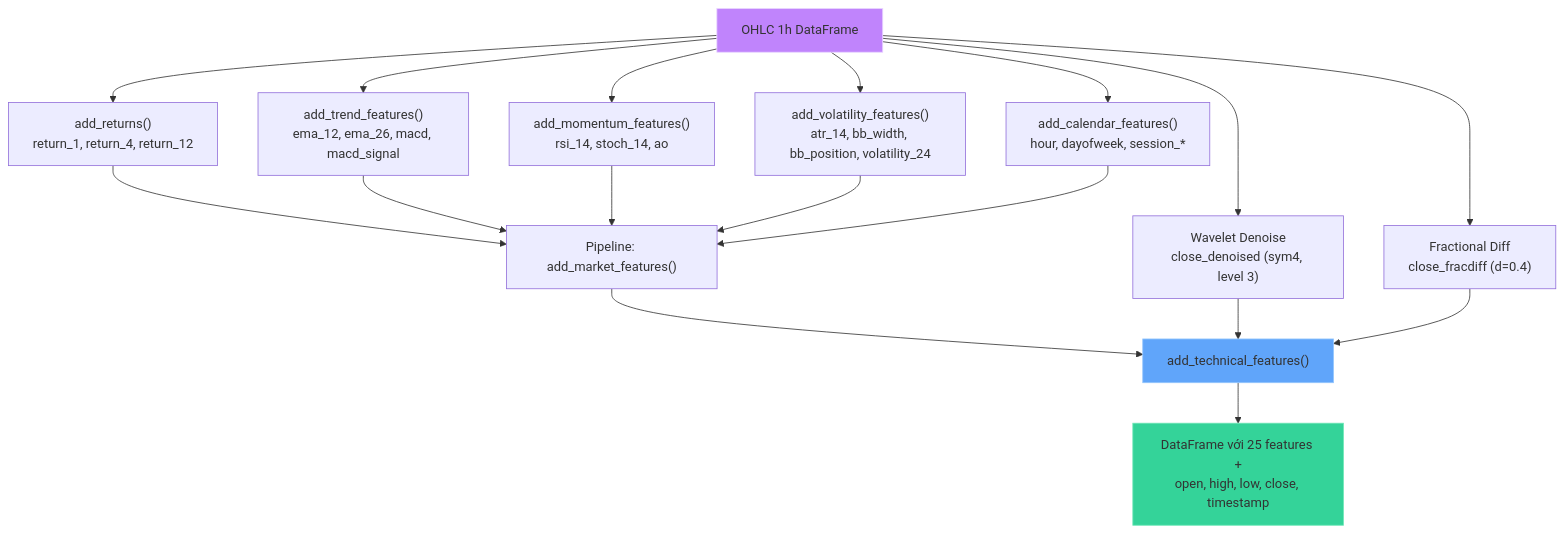
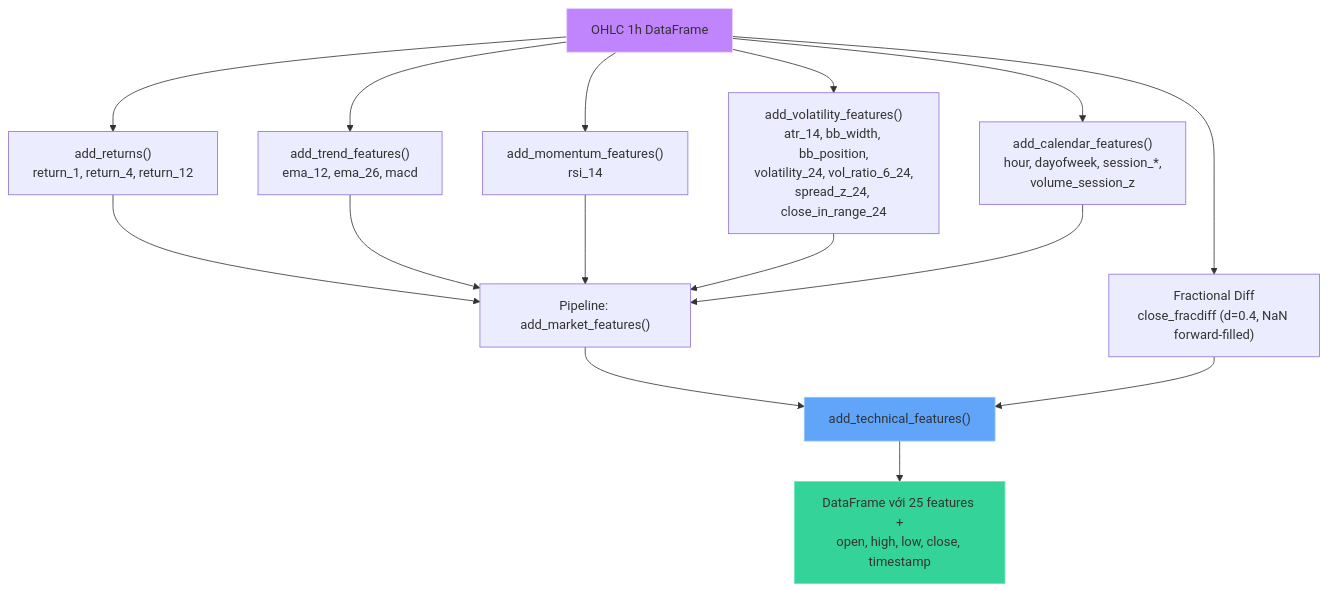
Before and after one commit to ultimateBroK/thesis-compact: the first of 4 diagrams in docs/feature-engineering.md, drawn with Mermaid. The commit also changed other lines of this file and 14 other files, not shown here.

````diff
--- a/docs/feature-engineering.md
+++ b/docs/feature-engineering.md
@@ -9,24 +9,22 @@
 ```mermaid
 flowchart TD
     A["OHLC 1h DataFrame"] --> B["add_returns()<br/>return_1, return_4, return_12"]
-    A --> C["add_trend_features()<br/>ema_12, ema_26, macd, macd_signal"]
-    A --> D["add_momentum_features()<br/>rsi_14, stoch_14, ao"]
-    A --> E["add_volatility_features()<br/>atr_14, bb_width, bb_position, volatility_24"]
-    A --> F["add_calendar_features()<br/>hour, dayofweek, session_*"]
-    A --> G["Wavelet Denoise<br/>close_denoised (sym4, level 3)"]
-    A --> H["Fractional Diff<br/>close_fracdiff (d=0.4)"]
+    A --> C["add_trend_features()<br/>ema_12, ema_26, macd"]
+    A --> D["add_momentum_features()<br/>rsi_14"]
+    A --> E["add_volatility_features()<br/>atr_14, bb_width, bb_position,<br/>volatility_24, vol_ratio_6_24,<br/>spread_z_24, close_in_range_24"]
+    A --> F["add_calendar_features()<br/>hour, dayofweek, session_*,<br/>volume_session_z"]
+    A --> H["Fractional Diff<br/>close_fracdiff (d=0.4, NaN forward-filled)"]
 
     B --> I["Pipeline: add_market_features()"]
     C --> I
     D --> I
     E --> I
     F --> I
     I --> J["add_technical_features()"]
-    G --> J
     H --> J
     J --> K["DataFrame với 25 features +<br/>open, high, low, close, timestamp"]
 
     style A fill:#c084fc,stroke:#e9d5ff
     style J fill:#60a5fa,stroke:#93c5fd
     style K fill:#34d399,stroke:#6ee7b7
 ```
````
